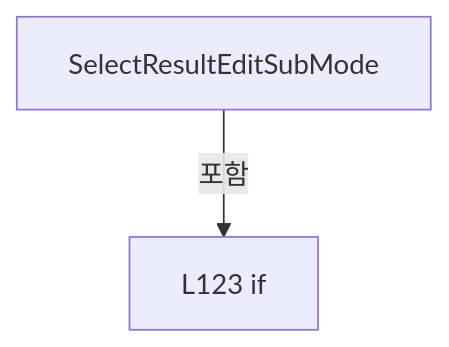
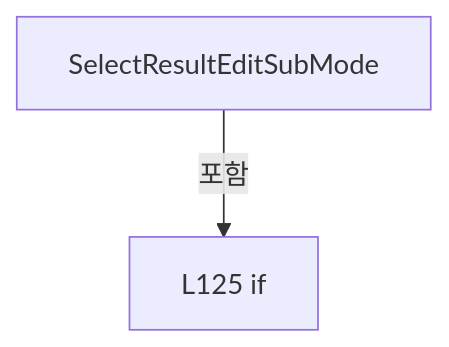
The third of 24 diagrams in A3 LD Code Ref/files/Drilling.UI/Menu/Menus/CMenuCorrection.ReviewData.Edit.cs.md (kjuws10-rgb/Shared), drawn with Mermaid before and after one commit. The commit also changed other lines of this file and 2071 other files, not shown here.

Commit message:
docs(a3): update 11.19.0 architecture and code reference

````diff
--- a/A3 LD Code Ref/files/Drilling.UI/Menu/Menus/CMenuCorrection.ReviewData.Edit.cs.md
+++ b/A3 LD Code Ref/files/Drilling.UI/Menu/Menus/CMenuCorrection.ReviewData.Edit.cs.md
@@ -1783,6 +1841,6 @@
 ```mermaid
 flowchart TD
  M["SelectResultEditSubMode"]
- N0["L123 if"]
+ N0["L125 if"]
  M -->|포함| N0
 ```
````
